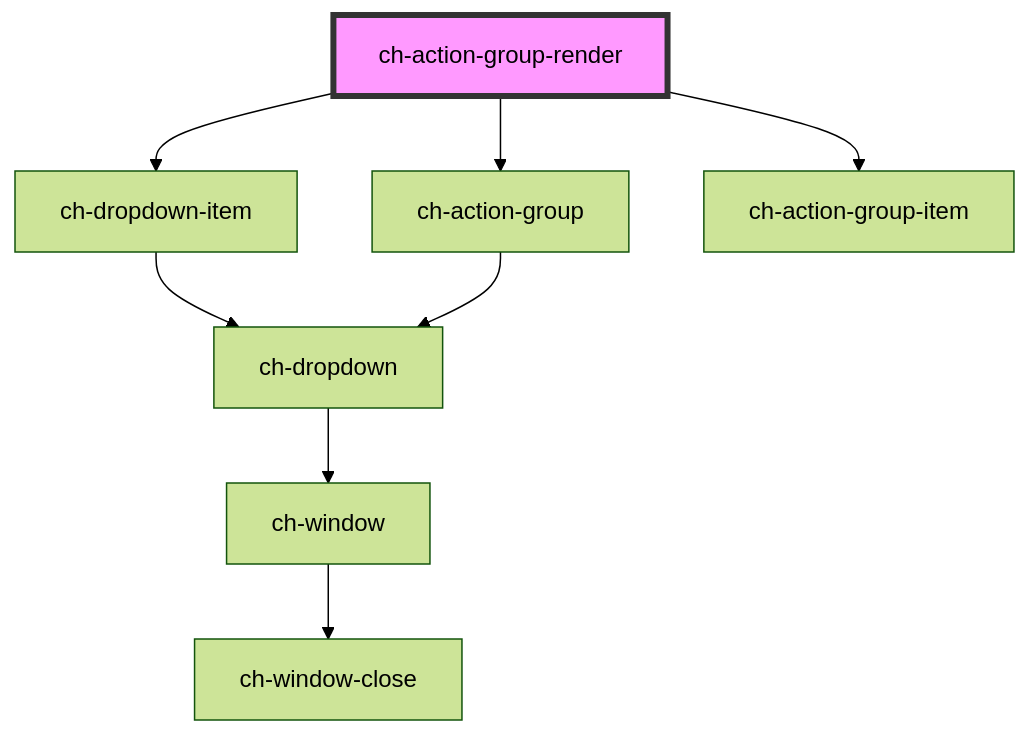
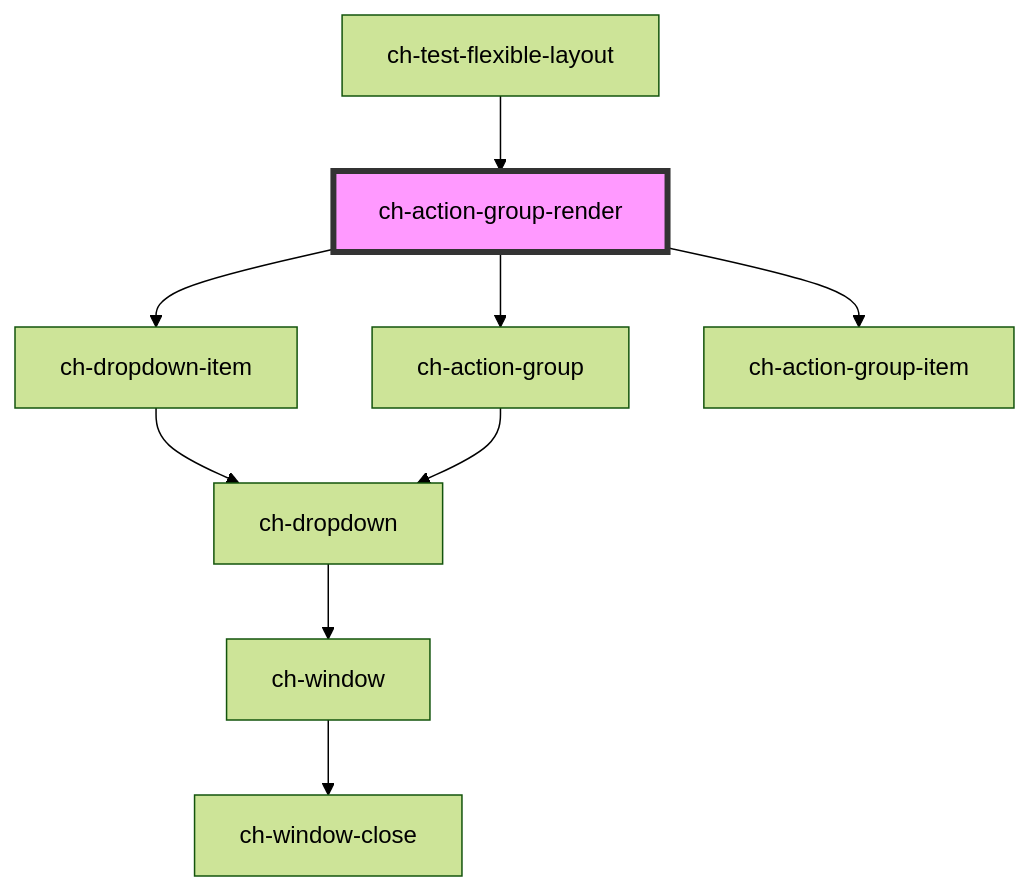
Before and after one commit to genexuslabs/chameleon-controls-library: the diagram in src/components/renders/action-group/readme.md, drawn with Mermaid (forest theme). The commit also changed other lines of this file and 6 other files, not shown here.

````diff
--- a/src/components/renders/action-group/readme.md
+++ b/src/components/renders/action-group/readme.md
@@ -35,11 +39,12 @@
 ```mermaid
 graph TD;
   ch-action-group-render --> ch-dropdown-item
   ch-action-group-render --> ch-action-group
   ch-action-group-render --> ch-action-group-item
   ch-dropdown-item --> ch-dropdown
   ch-dropdown --> ch-window
   ch-window --> ch-window-close
   ch-action-group --> ch-dropdown
+  ch-test-flexible-layout --> ch-action-group-render
   style ch-action-group-render fill:#f9f,stroke:#333,stroke-width:4px
 ```
````
